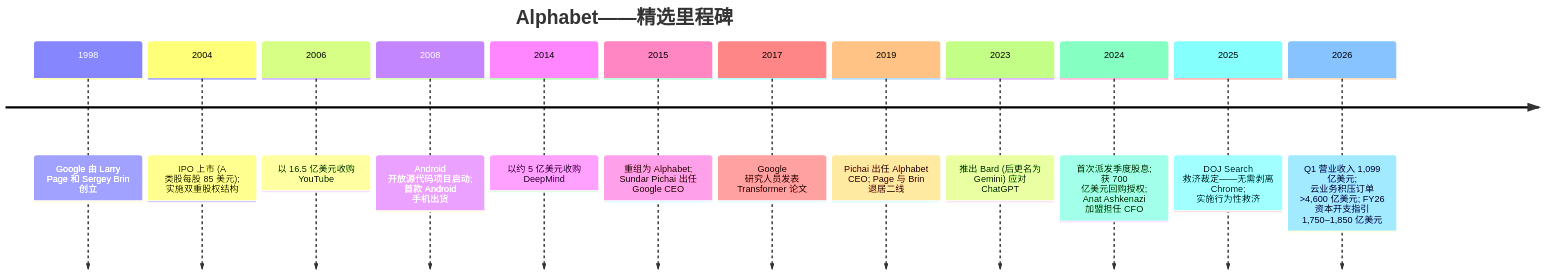
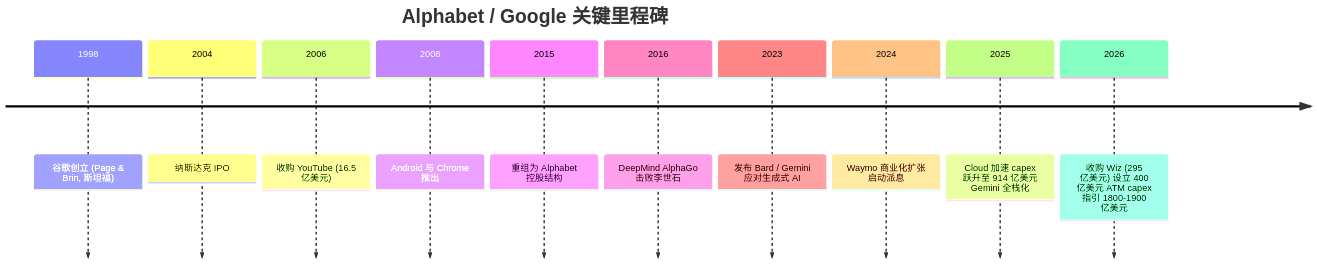
One commit to dadachundan/financial_agent changed the first of 3 diagrams in reports/company/Alphabet_NASDAQ_GOOG/Alphabet_NASDAQ_GOOG_公司研究.md. Above: the diagram before and after it, drawn with Mermaid. The commit also changed other lines of this file and 16 other files, not shown here.

````diff
--- a/reports/company/Alphabet_NASDAQ_GOOG/Alphabet_NASDAQ_GOOG_公司研究.md
+++ b/reports/company/Alphabet_NASDAQ_GOOG/Alphabet_NASDAQ_GOOG_公司研究.md
@@ -80,16 +184,14 @@
 ```mermaid
 timeline
-    title Alphabet——精选里程碑
-    1998 : Google 由 Larry Page 和 Sergey Brin 创立
-    2004 : IPO 上市 (A 类股每股 85 美元); 实施双重股权结构
-    2006 : 以 16.5 亿美元收购 YouTube
-    2008 : Android 开放源代码项目启动; 首款 Android 手机出货
-    2014 : 以约 5 亿美元收购 DeepMind
-    2015 : 重组为 Alphabet; Sundar Pichai 出任 Google CEO
-    2017 : Google 研究人员发表 Transformer 论文
-    2019 : Pichai 出任 Alphabet CEO; Page 与 Brin 退居二线
-    2023 : 推出 Bard (后更名为 Gemini) 应对 ChatGPT
-    2024 : 首次派发季度股息; 获 700 亿美元回购授权; Anat Ashkenazi 加盟担任 CFO
-    2025 : DOJ Search 救济裁定——无需剥离 Chrome; 实施行为性救济
-    2026 : Q1 营业收入 1,099 亿美元; 云业务积压订单 >4,600 亿美元; FY26 资本开支指引 1,750–1,850 亿美元
+    title Alphabet / Google 关键里程碑
+    1998 : 谷歌创立 (Page & Brin, 斯坦福)
+    2004 : 纳斯达克 IPO
+    2006 : 收购 YouTube (16.5 亿美元)
+    2008 : Android 与 Chrome 推出
+    2015 : 重组为 Alphabet 控股结构
+    2016 : DeepMind AlphaGo 击败李世石
+    2023 : 发布 Bard / Gemini 应对生成式 AI
+    2024 : Waymo 商业化扩张 启动派息
+    2025 : Cloud 加速 capex 跃升至 914 亿美元 Gemini 全栈化
+    2026 : 收购 Wiz (295 亿美元) 设立 400 亿美元 ATM capex 指引 1800-1900 亿美元
 ```
````
